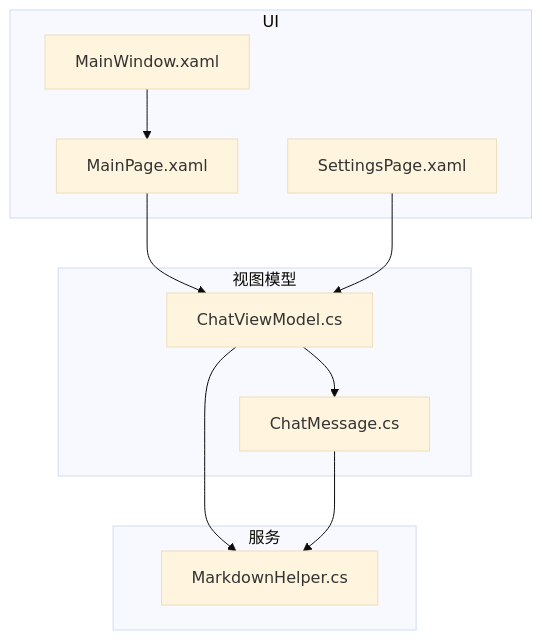
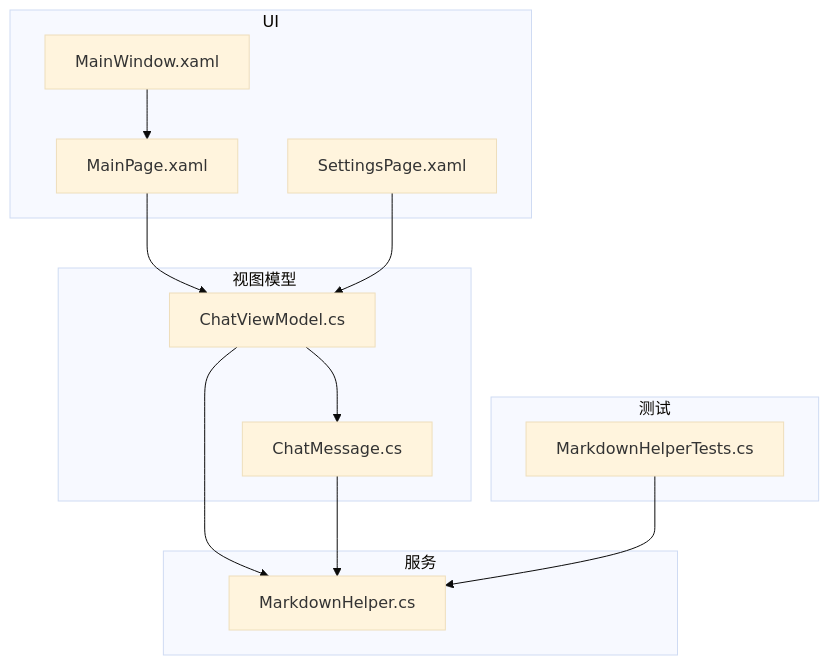
Before and after one commit to AgenticDesktop/App: the first of 5 diagrams in .qoder/repowiki/zh/content/服务层设计/Markdown 渲染器.md, drawn with Mermaid (base theme). The commit also changed other lines of this file and 108 other files, not shown here.

````diff
--- a/.qoder/repowiki/zh/content/服务层设计/Markdown 渲染器.md
+++ b/.qoder/repowiki/zh/content/服务层设计/Markdown 渲染器.md
@@ -43,21 +55,25 @@
 ```mermaid
 graph TB
 subgraph "UI"
 XAML_Main["MainPage.xaml"]
 XAML_Settings["SettingsPage.xaml"]
 XAML_Window["MainWindow.xaml"]
 end
 subgraph "视图模型"
 VM_Chat["ChatViewModel.cs"]
 VM_Msg["ChatMessage.cs"]
 end
 subgraph "服务"
 MD_Help["MarkdownHelper.cs"]
 end
+subgraph "测试"
+Tests["MarkdownHelperTests.cs"]
+end
 XAML_Main --> VM_Chat
 XAML_Settings --> VM_Chat
 XAML_Window --> XAML_Main
 VM_Chat --> VM_Msg
 VM_Chat --> MD_Help
 VM_Msg --> MD_Help
+Tests --> MD_Help
 ```
````
